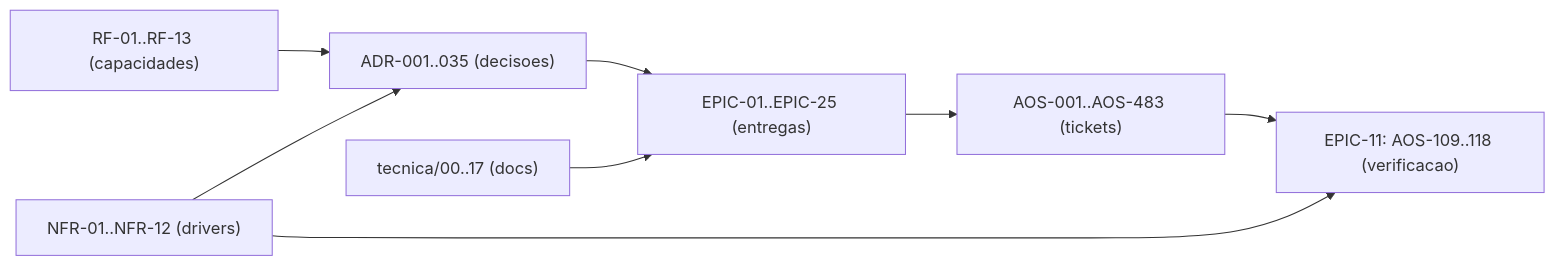
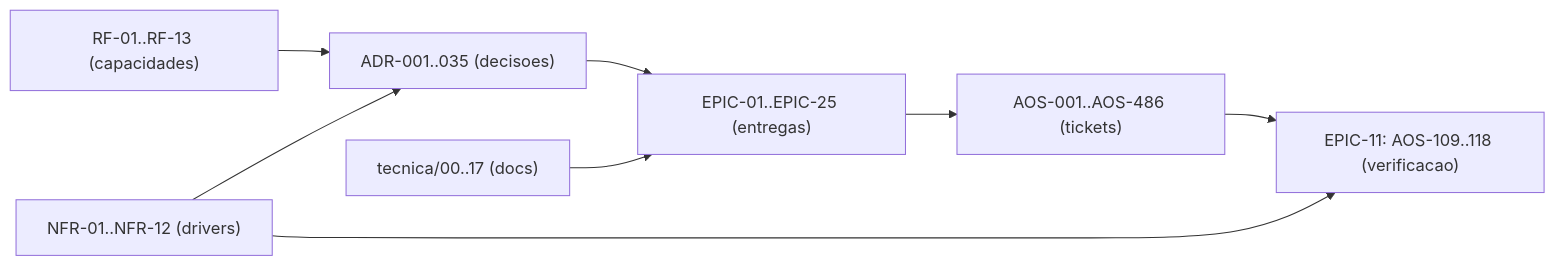
Before and after one commit to albinoJimy/aos: the diagram in tecnica/16_Rastreabilidade_RTM.md, drawn with Mermaid. The commit also changed other lines of this file and 3 other files, not shown here.

First line of the commit message:
docs(AOS-484): abre os tickets AOS-484..486 e o relatório do E2E de plano multi-nó

````diff
--- a/tecnica/16_Rastreabilidade_RTM.md
+++ b/tecnica/16_Rastreabilidade_RTM.md
@@ -202,10 +202,10 @@
 ```mermaid
 flowchart LR
     RF["RF-01..RF-13 (capacidades)"] --> ADR["ADR-001..035 (decisoes)"]
     NFR["NFR-01..NFR-12 (drivers)"] --> ADR
     ADR --> EPIC["EPIC-01..EPIC-25 (entregas)"]
-    EPIC --> TICK["AOS-001..AOS-483 (tickets)"]
+    EPIC --> TICK["AOS-001..AOS-486 (tickets)"]
     DOC["tecnica/00..17 (docs)"] --> EPIC
     TICK --> TEST["EPIC-11: AOS-109..118 (verificacao)"]
     NFR --> TEST
 ```
````
